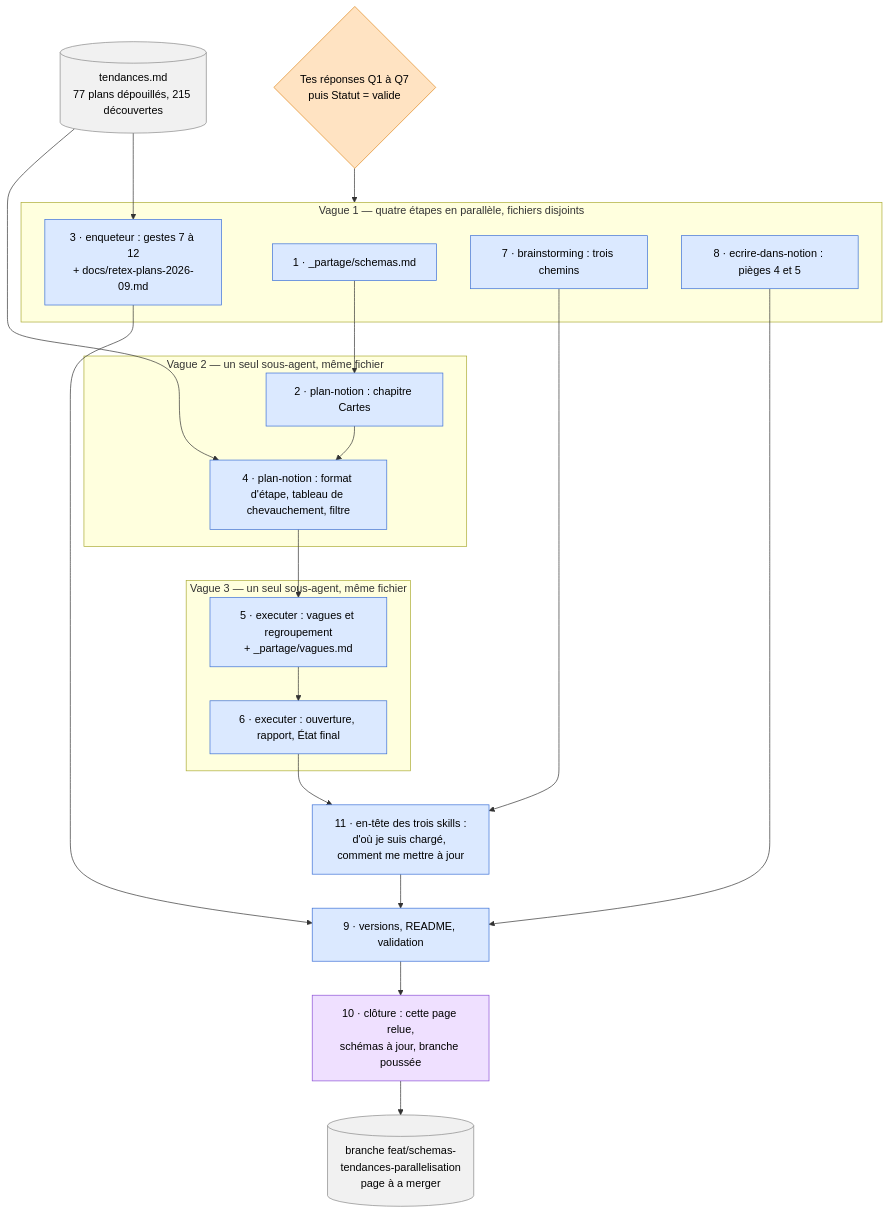
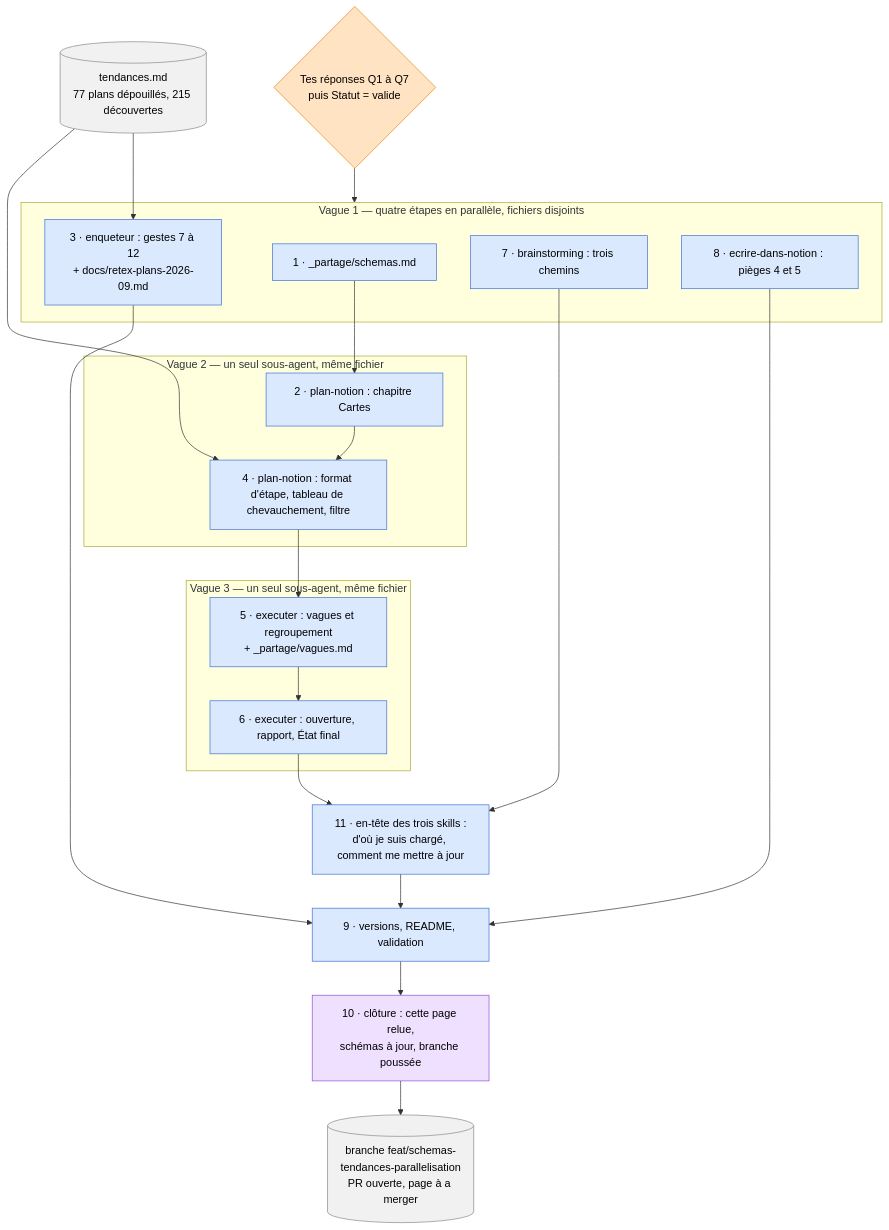
The diagram in plugins/plans-notion/skills/_partage/schemas.md (benjaminge73/mes-skills), drawn with Mermaid before and after one commit. The commit also changed other lines of this file and 4 other files, not shown here.

````diff
--- a/plugins/plans-notion/skills/_partage/schemas.md
+++ b/plugins/plans-notion/skills/_partage/schemas.md
@@ -152,42 +152,42 @@
 ```mermaid
 flowchart TD
   classDef det fill:#dbe9ff,stroke:#3b6fd6,color:#000
   classDef agent fill:#efe0ff,stroke:#8b4fd6,color:#000
   classDef toi fill:#ffe3c2,stroke:#e08a1e,color:#000
   classDef data fill:#f1f1f1,stroke:#888,color:#000
 
   Q{"Tes réponses Q1 à Q7<br>puis Statut = valide"}:::toi
   TEND[("tendances.md<br>77 plans dépouillés, 215 découvertes")]:::data
   subgraph V1["Vague 1 — quatre étapes en parallèle, fichiers disjoints"]
     E1["1 · _partage/schemas.md"]:::det
     E3["3 · enqueteur : gestes 7 à 12<br>+ docs/retex-plans-2026-09.md"]:::det
     E7["7 · brainstorming : trois chemins"]:::det
     E8["8 · ecrire-dans-notion : pièges 4 et 5"]:::det
   end
   subgraph V2["Vague 2 — un seul sous-agent, même fichier"]
     E2["2 · plan-notion : chapitre Cartes"]:::det
     E4["4 · plan-notion : format d'étape, tableau de chevauchement, filtre"]:::det
   end
   subgraph V3["Vague 3 — un seul sous-agent, même fichier"]
     E5["5 · executer : vagues et regroupement<br>+ _partage/vagues.md"]:::det
     E6["6 · executer : ouverture, rapport, État final"]:::det
   end
   E11["11 · en-tête des trois skills :<br>d'où je suis chargé, comment me mettre à jour"]:::det
   E9["9 · versions, README, validation"]:::det
   E10["10 · clôture : cette page relue,<br>schémas à jour, branche poussée"]:::agent
-  BR[("branche feat/schemas-tendances-parallelisation<br>page à a merger")]:::data
+  BR[("branche feat/schemas-tendances-parallelisation<br>PR ouverte, page à a merger")]:::data
 
   Q --> V1
   TEND --> E3
   TEND --> E4
   E1 --> E2
   E2 --> E4
   E4 --> E5
   E5 --> E6
   E3 --> E9
   E7 --> E11
   E8 --> E9
   E6 --> E11
   E11 --> E9
   E9 --> E10 --> BR
 ```
````
